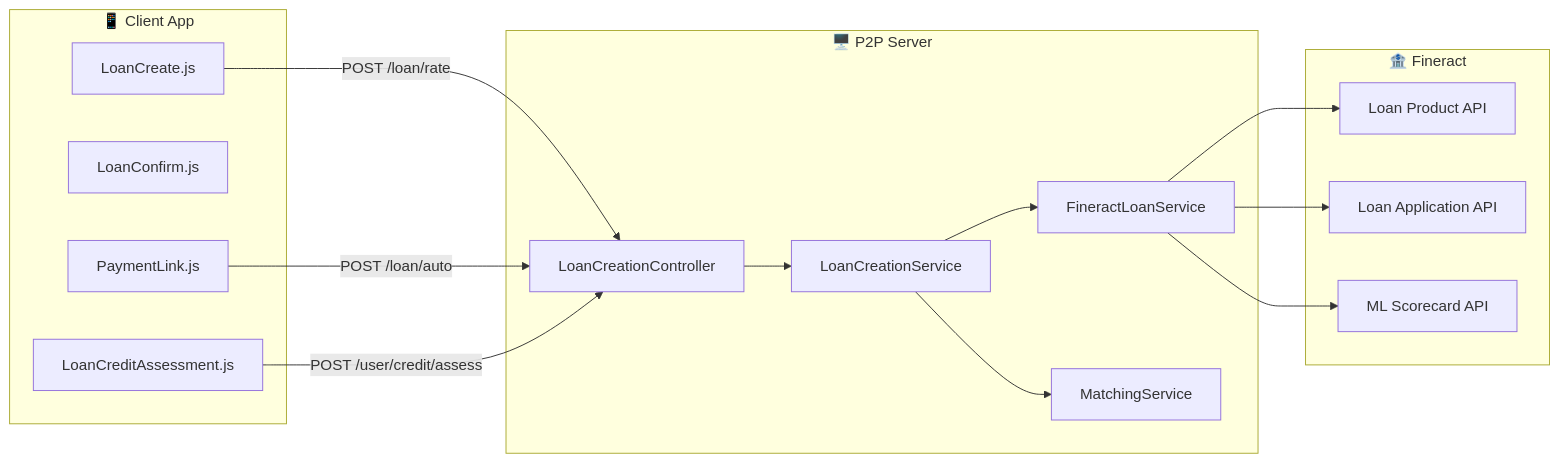
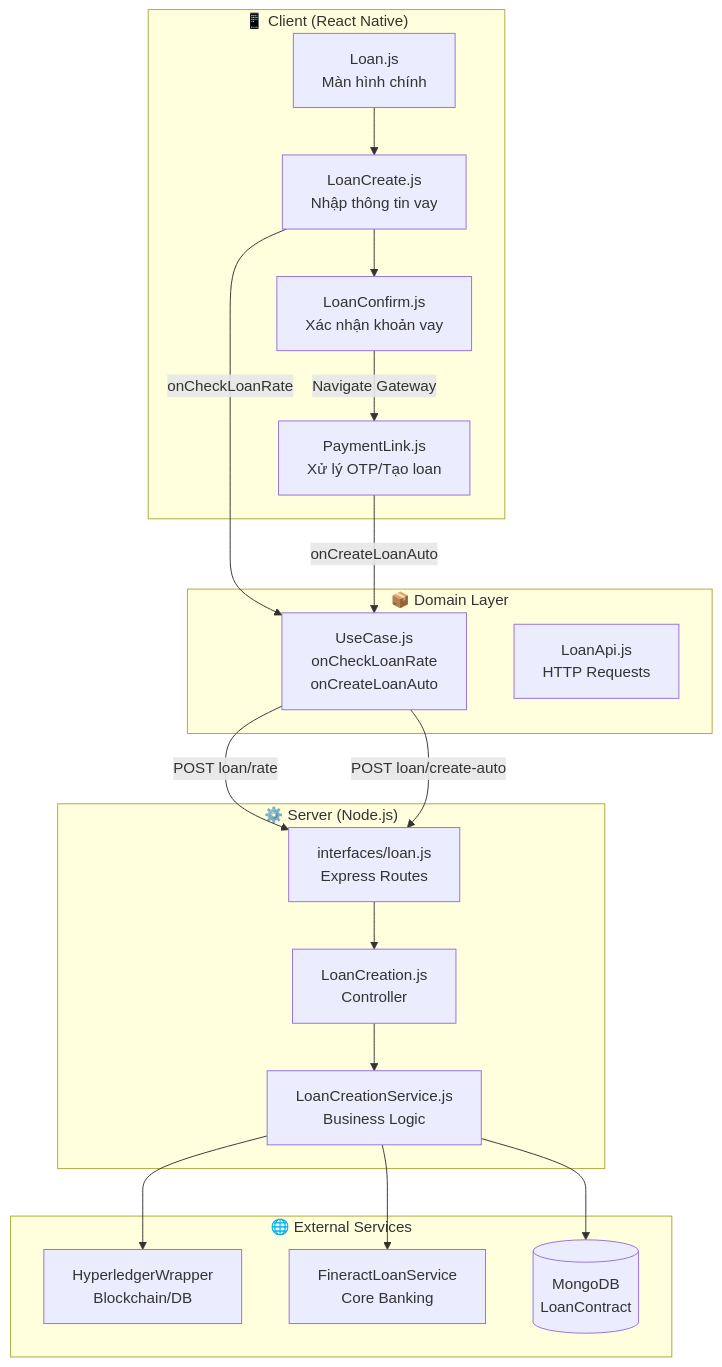
The first of 2 diagrams in docs/docs/03-backend-services/service-loan/loan-creation-flow.md (TruonggGiangg/p2p-do-an), drawn with Mermaid before and after one commit. The commit also changed other lines of this file and 6 other files, not shown here.

````diff
--- a/docs/docs/03-backend-services/service-loan/loan-creation-flow.md
+++ b/docs/docs/03-backend-services/service-loan/loan-creation-flow.md
@@ -26,34 +27,40 @@
 ```mermaid
-flowchart LR
-    subgraph Client["📱 Client App"]
-        A1[LoanCreate.js]
-        A2[LoanConfirm.js]
-        A3[PaymentLink.js]
-        A4[LoanCreditAssessment.js]
+flowchart TB
+    subgraph Client["📱 Client (React Native)"]
+        Loan[Loan.js<br/>Màn hình chính]
+        LoanCreate[LoanCreate.js<br/>Nhập thông tin vay]
+        LoanConfirm[LoanConfirm.js<br/>Xác nhận khoản vay]
+        PaymentLink[PaymentLink.js<br/>Xử lý OTP/Tạo loan]
     end
     
-    subgraph Server["🖥️ P2P Server"]
-        B1[LoanCreationController]
-        B2[LoanCreationService]
-        B3[FineractLoanService]
-        B4[MatchingService]
+    subgraph Domain["📦 Domain Layer"]
+        UseCase[UseCase.js<br/>onCheckLoanRate<br/>onCreateLoanAuto]
+        LoanApi[LoanApi.js<br/>HTTP Requests]
     end
     
-    subgraph Fineract["🏦 Fineract"]
-        C1[Loan Product API]
-        C2[Loan Application API]
-        C3[ML Scorecard API]
+    subgraph Server["⚙️ Server (Node.js)"]
+        Routes[interfaces/loan.js<br/>Express Routes]
+        Controller[LoanCreation.js<br/>Controller]
+        Service[LoanCreationService.js<br/>Business Logic]
     end
     
-    A1 --> |POST /loan/rate| B1
-    A3 --> |POST /loan/auto| B1
-    A4 --> |POST /user/credit/assess| B1
+    subgraph External["🌐 External Services"]
+        Hyperledger[HyperledgerWrapper<br/>Blockchain/DB]
+        Fineract[FineractLoanService<br/>Core Banking]
+        MongoDB[(MongoDB<br/>LoanContract)]
+    end
     
-    B1 --> B2
-    B2 --> B3
-    B2 --> B4
+    Loan --> LoanCreate
+    LoanCreate -->|onCheckLoanRate| UseCase
+    UseCase -->|POST loan/rate| Routes
+    LoanCreate --> LoanConfirm
+    LoanConfirm -->|Navigate Gateway| PaymentLink
+    PaymentLink -->|onCreateLoanAuto| UseCase
+    UseCase -->|POST loan/create-auto| Routes
     
-    B3 --> C1
-    B3 --> C2
-    B3 --> C3
+    Routes --> Controller
+    Controller --> Service
+    Service --> Hyperledger
+    Service --> Fineract
+    Service --> MongoDB
 ```
````
